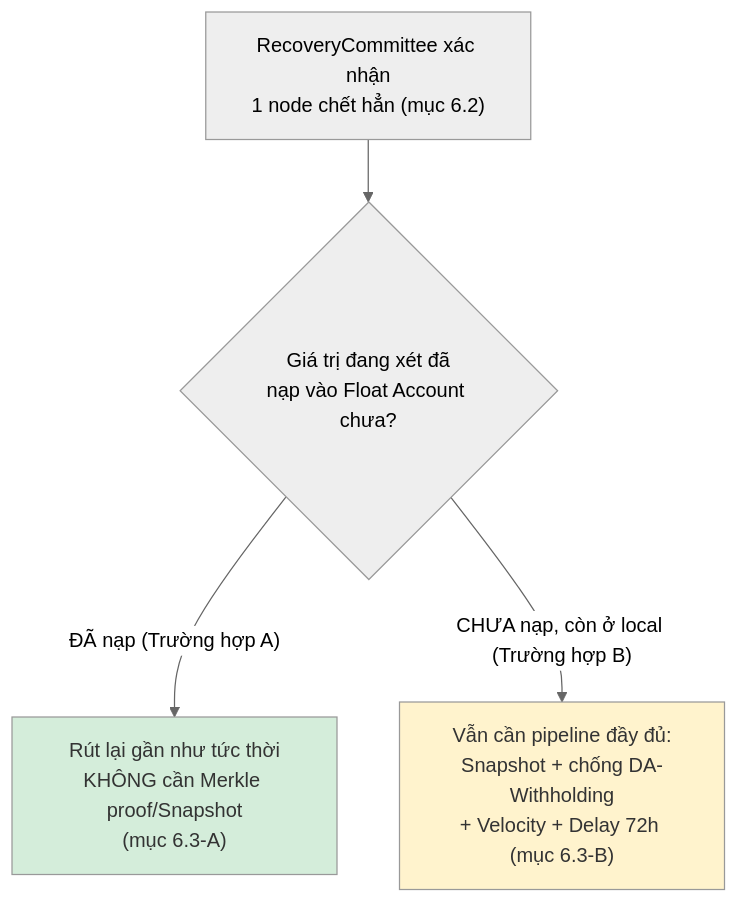
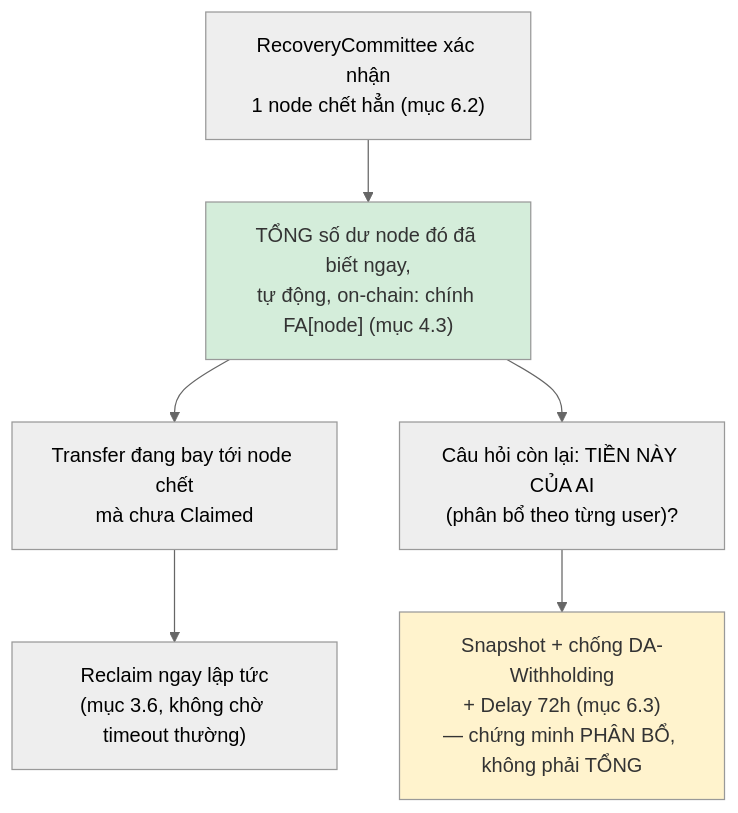
The fifth of 6 diagrams in execution/pkg/rollup/SEQUENCER_DESIGN.md (x3pi/metanode), drawn with Mermaid (neutral theme) before and after one commit. The commit also changed other lines of this file, not shown here.

````diff
--- a/execution/pkg/rollup/SEQUENCER_DESIGN.md
+++ b/execution/pkg/rollup/SEQUENCER_DESIGN.md
@@ -402,9 +396,10 @@
 ```mermaid
 flowchart TD
-    Dead["RecoveryCommittee xác nhận\n1 node chết hẳn (mục 6.2)"] --> Split{"Giá trị đang xét đã\nnạp vào Float Account chưa?"}
-    Split -- "ĐÃ nạp (Trường hợp A)" --> Easy["Rút lại gần như tức thời\nKHÔNG cần Merkle proof/Snapshot\n(mục 6.3-A)"]
-    Split -- "CHƯA nạp, còn ở local (Trường hợp B)" --> Hard["Vẫn cần pipeline đầy đủ:\nSnapshot + chống DA-Withholding\n+ Velocity + Delay 72h (mục 6.3-B)"]
+    Dead["RecoveryCommittee xác nhận\n1 node chết hẳn (mục 6.2)"] --> Total["TỔNG số dư node đó đã biết ngay,\ntự động, on-chain: chính FA[node] (mục 4.3)"]
+    Total --> Inflight["Transfer đang bay tới node chết\nmà chưa Claimed"] --> Reclaim["Reclaim ngay lập tức\n(mục 3.6, không chờ timeout thường)"]
+    Total --> Distrib["Câu hỏi còn lại: TIỀN NÀY CỦA AI\n(phân bổ theo từng user)?"]
+    Distrib --> Pipeline["Snapshot + chống DA-Withholding\n+ Delay 72h (mục 6.3)\n— chứng minh PHÂN BỔ, không phải TỔNG"]
 
-    style Easy fill:#d4edda,color:#333
-    style Hard fill:#fff3cd,color:#333
+    style Total fill:#d4edda,color:#333
+    style Pipeline fill:#fff3cd,color:#333
 ```
````
